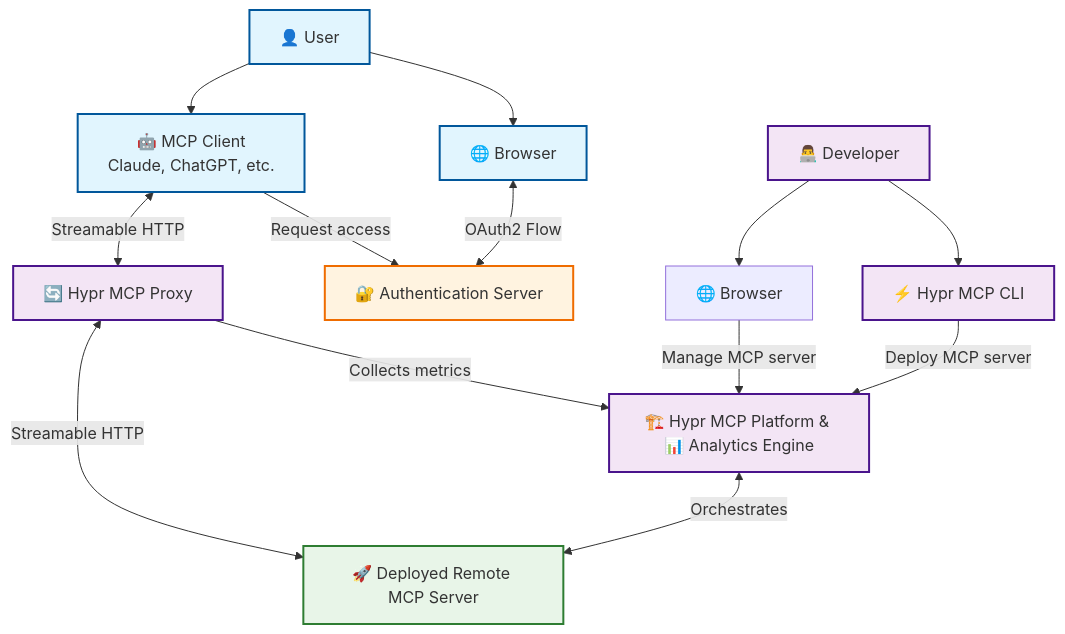
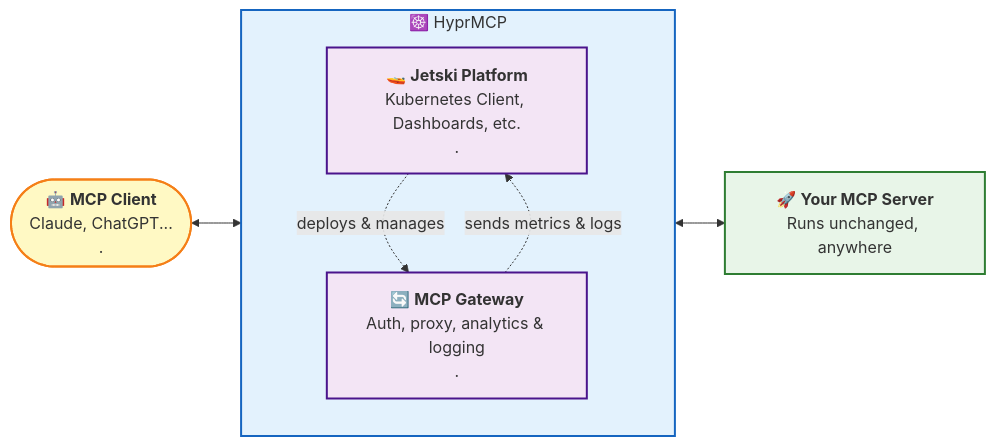
Before and after one commit to hyprmcp/website: the diagram in src/content/docs/docs/getting-started/about.mdx, drawn with Mermaid. The commit also changed other lines of this file and 7 other files, not shown here.

````diff
--- a/src/content/docs/docs/getting-started/about.mdx
+++ b/src/content/docs/docs/getting-started/about.mdx
@@ -18,41 +22,27 @@
 ```mermaid
-graph TB
-    %% User and Clients
-    User[👤 User] --> UserBrowser[🌐 Browser]
-    User --> MCPClient[🤖 MCP Client<br/>Claude, ChatGPT, etc.]
+graph LR
+  Client([🤖 <b>MCP Client</b><br/>Claude, ChatGPT...<br/>.<br/>])
 
-    %% Developer Tools
-    Developer[👨‍💻 Developer] --> CLI[⚡ Hypr MCP CLI]
-    Developer --> DeveloperBrowser[🌐 Browser]
+  subgraph K8s["☸️ HyprMCP"]
+    direction TB
+    Platform[🚤 <b>Jetski Platform</b><br/>Kubernetes Client, Dashboards, etc.<br/>.<br/>]
+    Gateway[🔄 <b>MCP Gateway</b><br/>Auth, proxy, analytics & logging<br/>.<br/>]
+    Platform-.deploys & manages.->Gateway
+    Gateway-.sends metrics & logs.->Platform
+  end
 
-    CLI --> |Deploy MCP server| Platform[🏗️ Hypr MCP Platform & 📊 Analytics Engine]
-    DeveloperBrowser --> |Manage MCP server| Platform
+  MCP[🚀 <b>Your MCP Server</b><br/>Runs unchanged, anywhere]
 
+  Client <--> K8s
+  K8s <--> MCP
 
-    %% Core Platform Components
-    UserBrowser <--> |OAuth2 Flow| AuthServer[🔐 Authentication Server]
-    Proxy[🔄 Hypr MCP Proxy] --> |Collects metrics| Platform
+  classDef client fill:#fff9c4,stroke:#f57f17,stroke-width:2px
+  classDef cluster fill:#e3f2fd,stroke:#1565c0,stroke-width:2px
+  classDef platform fill:#f3e5f5,stroke:#4a148c,stroke-width:2px
+  classDef server fill:#e8f5e8,stroke:#2e7d32,stroke-width:2px
 
-    %% MCP Server Infrastructure
-    Proxy <--> |Streamable HTTP| MCPServer[🚀 Deployed Remote MCP Server]
-
-    %% Authentication Flow
-    MCPClient --> |Request access| AuthServer
-
-    %% Request Flow
-    MCPClient <--> |Streamable HTTP| Proxy
-
-    %% MCP Deployment flow
-    Platform <--> |Orchestrates| MCPServer
-
-    %% Styling
-    classDef user fill:#e1f5fe,stroke:#01579b,stroke-width:2px
-    classDef platform fill:#f3e5f5,stroke:#4a148c,stroke-width:2px
-    classDef server fill:#e8f5e8,stroke:#2e7d32,stroke-width:2px
-    classDef auth fill:#fff3e0,stroke:#ef6c00,stroke-width:2px
-
-    class User,UserBrowser,MCPClient user
-    class Platform,CLI,Proxy,Developer platform
-    class MCPServer server
-    class AuthServer auth
+  class Client client
+  class K8s cluster
+  class Platform,Gateway platform
+  class MCP server
 ```
````
